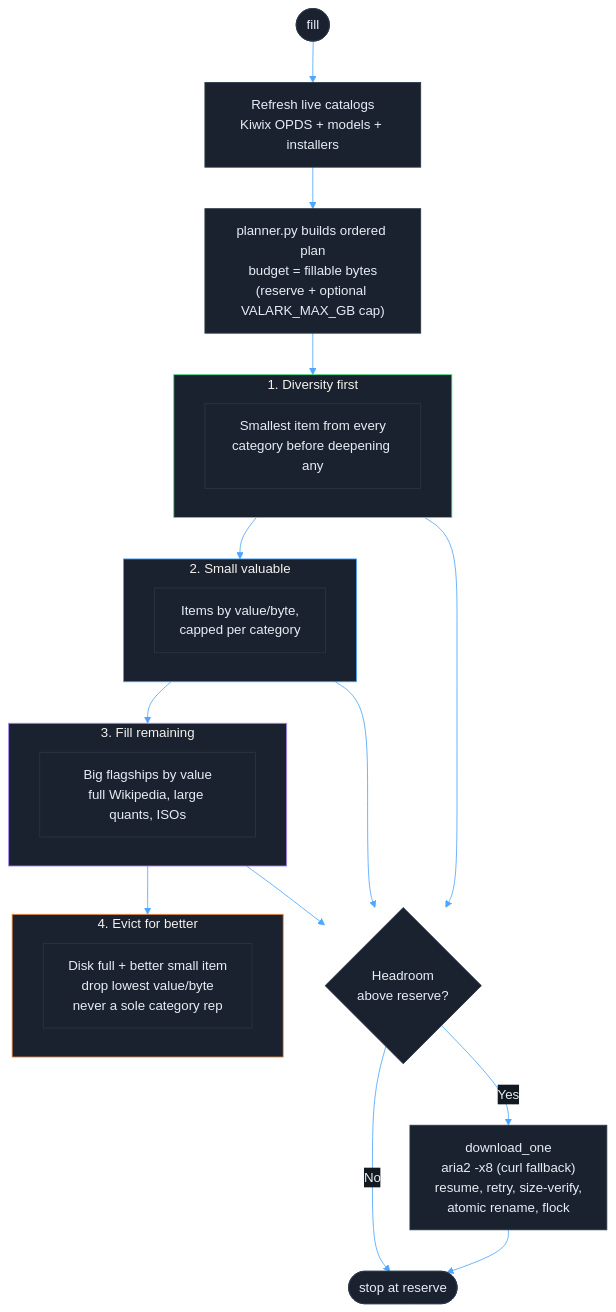
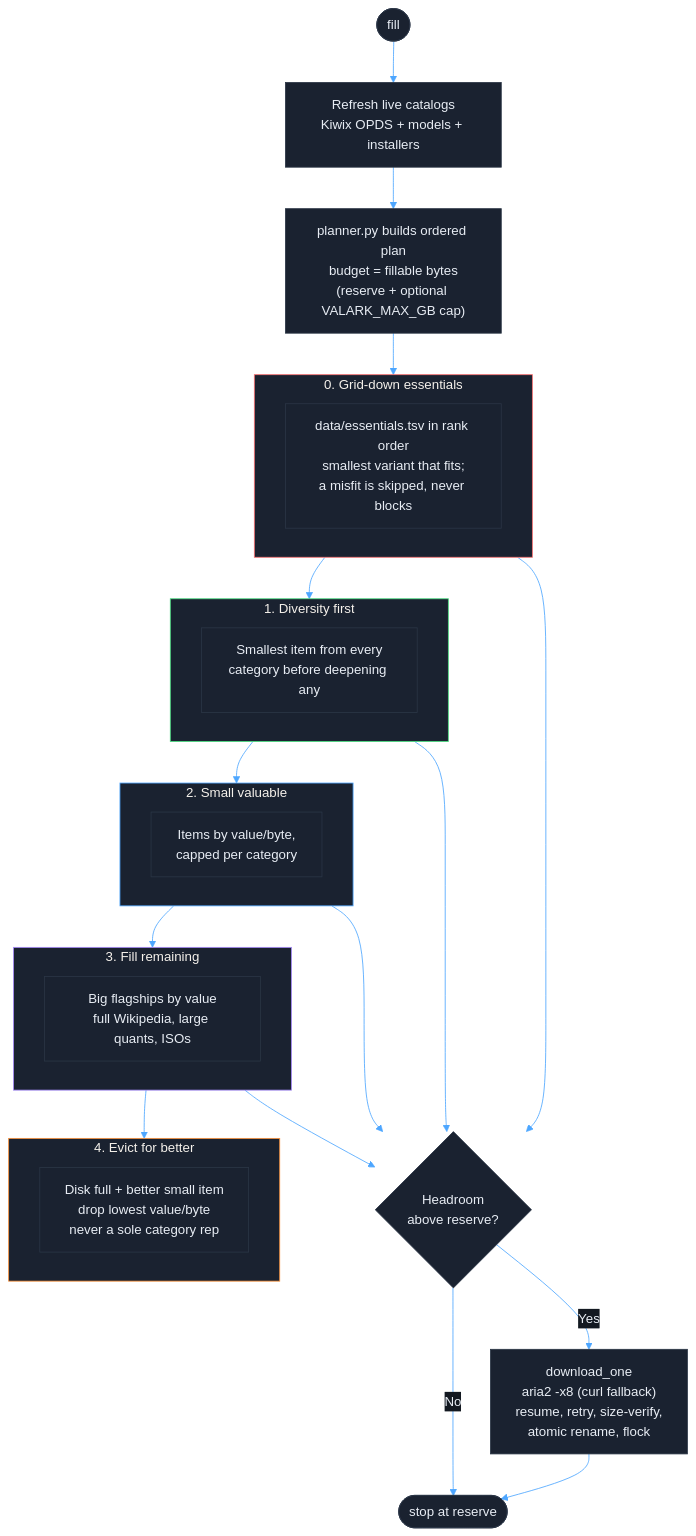
Before and after one commit to mvalancy/val-ark: the second of 6 diagrams in docs/ARCHITECTURE.md, drawn with Mermaid. The commit also changed other lines of this file and 34 other files, not shown here.

````diff
--- a/docs/ARCHITECTURE.md
+++ b/docs/ARCHITECTURE.md
@@ -117,44 +117,51 @@
 ```mermaid
 %%{init: {'theme': 'base', 'themeVariables': {
   'primaryColor': '#1a2230',
   'primaryBorderColor': '#2a3545',
   'primaryTextColor': '#e8edf4',
   'lineColor': '#4da6ff',
   'secondaryColor': '#131921',
   'tertiaryColor': '#0a0e14'
 }}}%%
 flowchart TD
     START([fill]) --> REFRESH["Refresh live catalogs<br/>Kiwix OPDS + models + installers"]
     REFRESH --> PLANNER["planner.py builds ordered plan<br/>budget = fillable bytes<br/>(reserve + optional VALARK_MAX_GB cap)"]
-    PLANNER --> P1
+    PLANNER --> P0
 
+    subgraph P0["0. Grid-down essentials"]
+        style P0 fill:#1a2230,stroke:#f87171
+        D0["data/essentials.tsv in rank order<br/>smallest variant that fits;<br/>a misfit is skipped, never blocks"]
+    end
+
+    P0 --> P1
     subgraph P1["1. Diversity first"]
         style P1 fill:#1a2230,stroke:#4ade80
         D1["Smallest item from every<br/>category before deepening any"]
     end
 
     P1 --> P2
     subgraph P2["2. Small valuable"]
         style P2 fill:#1a2230,stroke:#4da6ff
         D2["Items by value/byte,<br/>capped per category"]
     end
 
     P2 --> P3
     subgraph P3["3. Fill remaining"]
         style P3 fill:#1a2230,stroke:#a78bfa
         D3["Big flagships by value<br/>full Wikipedia, large quants, ISOs"]
     end
 
     P3 --> P4
     subgraph P4["4. Evict for better"]
         style P4 fill:#1a2230,stroke:#fb923c
         D4["Disk full + better small item<br/>drop lowest value/byte<br/>never a sole category rep"]
     end
 
     P1 --> DL{Headroom<br/>above reserve?}
+    P0 --> DL
     P2 --> DL
     P3 --> DL
     DL -->|No| DONE([stop at reserve])
     DL -->|Yes| GET["download_one<br/>aria2 -x8 (curl fallback)<br/>resume, retry, size-verify,<br/>atomic rename, flock"]
     GET --> DONE
 ```
````
